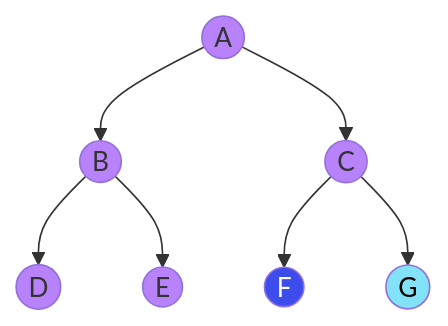
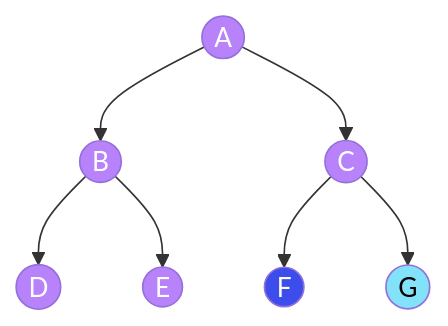
The second of 3 diagrams in README.md (ecrz00/LeetCodeProblems), drawn with Mermaid before and after one commit. The commit also changed other lines of this file, not shown here.

````diff
--- a/README.md
+++ b/README.md
@@ -97,17 +97,17 @@
 ```mermaid
 graph TD
-    classDef full fill: #B882FA, color: #fffff
-    classDef complete fill: #3D4DEB, color: #fff
-    classDef perfect fill: #82E2FA, color: #000000
-    A((A)) --> B((B))
-    A --> C((C))
+classDef full fill: #B882FA, color: #ffffff
+classDef complete fill: #3D4DEB, color: #ffffff
+classDef perfect fill: #82E2FA, color: #000000
+A((A)) --> B((B))
+A --> C((C))
 
-    B --> D((D))
-    B --> E((E))
+B --> D((D))
+B --> E((E))
 
-    C --> F((F))
-    C --> G((G))
-    class A,B,C,D,E full
-    class F complete
-    class G perfect
+C --> F((F))
+C --> G((G))
+class A,B,C,D,E full
+class F complete
+class G perfect
 ```
````
